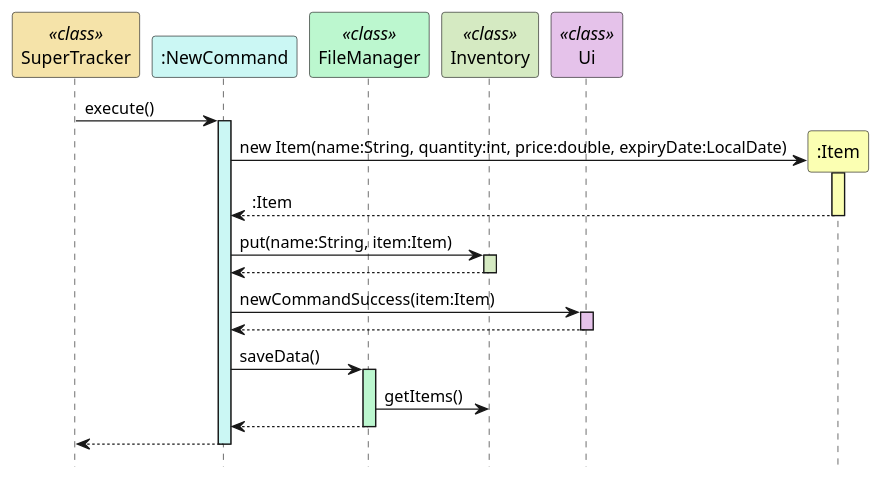
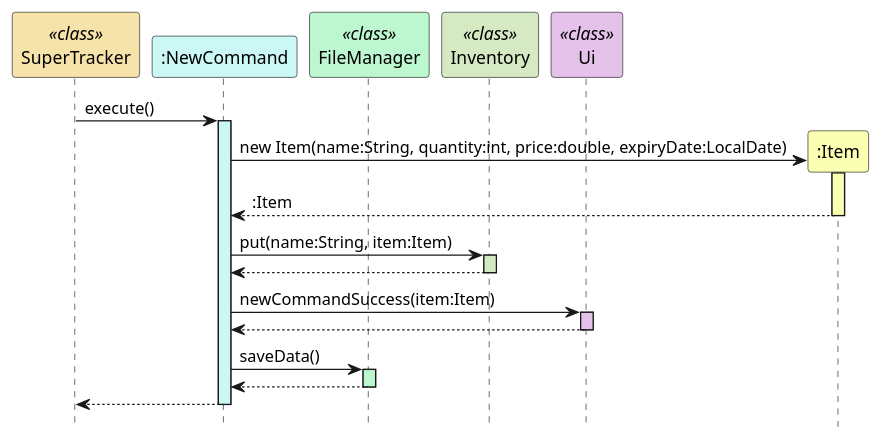
The second of 2 diagrams in docs/uml-diagrams/NewCommand.puml (rismm/tp), drawn with PlantUML before and after one commit. The commit also changed 8 other files, not shown here.

```diff
--- a/docs/uml-diagrams/NewCommand.puml
+++ b/docs/uml-diagrams/NewCommand.puml
@@ -57,35 +57,34 @@
 @startuml
 hide footbox
 participant "SuperTracker" as SuperTracker <<class>> #f5e3a9
 participant ":NewCommand" as NewCommand #cbf7f4
 participant "FileManager" as FileManager <<class>> #bcf7cf
 participant "Inventory" as Inventory <<class>> #d5eac2
 participant "Ui" as Ui <<class>> #e5c2ea
 participant ":Item" as Item #fbffb2
 SuperTracker -> NewCommand : execute()
 activate NewCommand #cbf7f4
 
 NewCommand -> Item ** : new Item(name:String, quantity:int, price:double, expiryDate:LocalDate)
 activate Item #fbffb2
 Item --> NewCommand : :Item
 deactivate Item
 
 NewCommand -> Inventory : put(name:String, item:Item)
 activate Inventory #d5eac2
 Inventory --> NewCommand
 deactivate Inventory
 
 NewCommand -> Ui : newCommandSuccess(item:Item)
 activate Ui #e5c2ea
 Ui --> NewCommand
 deactivate Ui
 
 NewCommand -> FileManager : saveData()
 activate FileManager #bcf7cf
-FileManager -> Inventory : getItems()
 FileManager --> NewCommand
 deactivate FileManager
 
 NewCommand --> SuperTracker
 deactivate NewCommand
 @enduml
```
